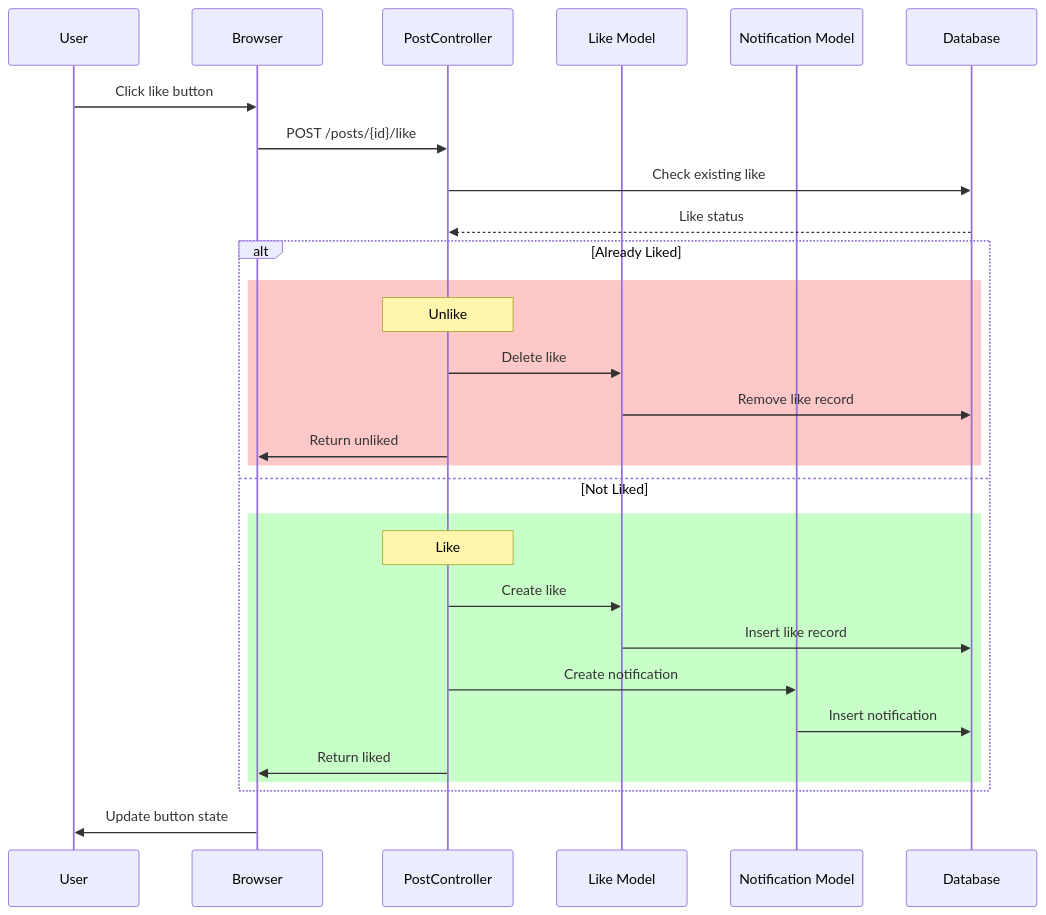
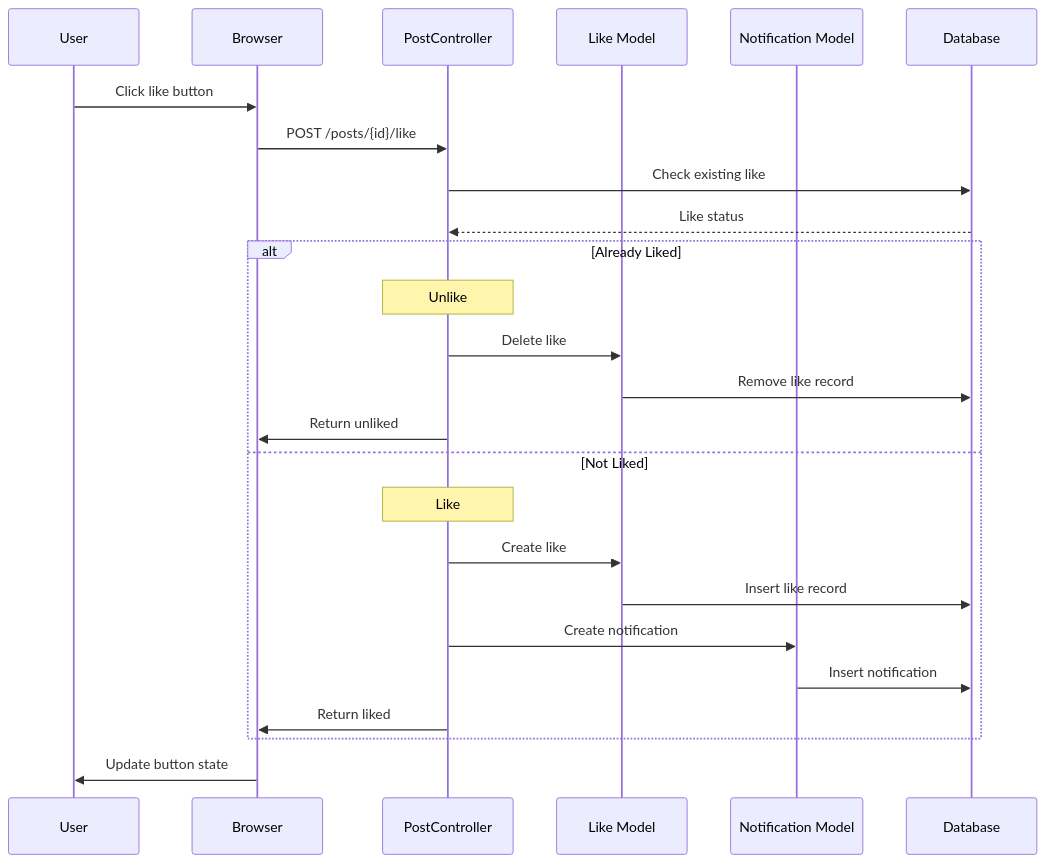
One commit to vd120/laravel_project changed the seventh of 28 diagrams in UML.md. Above: the diagram before and after it, drawn with Mermaid. The commit also changed other lines of this file, not shown here.

````diff
--- a/UML.md
+++ b/UML.md
@@ -1078,35 +794,31 @@
 ```mermaid
 sequenceDiagram
     participant U as User
     participant B as Browser
     participant PC as PostController
     participant LikeM as Like Model
     participant NotifM as Notification Model
     participant DB as Database
 
     U->>B: Click like button
     B->>PC: POST /posts/{id}/like
 
     PC->>DB: Check existing like
     DB-->>PC: Like status
 
     alt Already Liked
-        rect rgb(255, 200, 200)
-            Note over PC: Unlike
-            PC->>LikeM: Delete like
-            LikeM->>DB: Remove like record
-            PC->>B: Return unliked
-        end
+        Note over PC: Unlike
+        PC->>LikeM: Delete like
+        LikeM->>DB: Remove like record
+        PC->>B: Return unliked
     else Not Liked
-        rect rgb(200, 255, 200)
-            Note over PC: Like
-            PC->>LikeM: Create like
-            LikeM->>DB: Insert like record
-            PC->>NotifM: Create notification
-            NotifM->>DB: Insert notification
-            PC->>B: Return liked
-        end
+        Note over PC: Like
+        PC->>LikeM: Create like
+        LikeM->>DB: Insert like record
+        PC->>NotifM: Create notification
+        NotifM->>DB: Insert notification
+        PC->>B: Return liked
     end
 
     B->>U: Update button state
 ```
````
